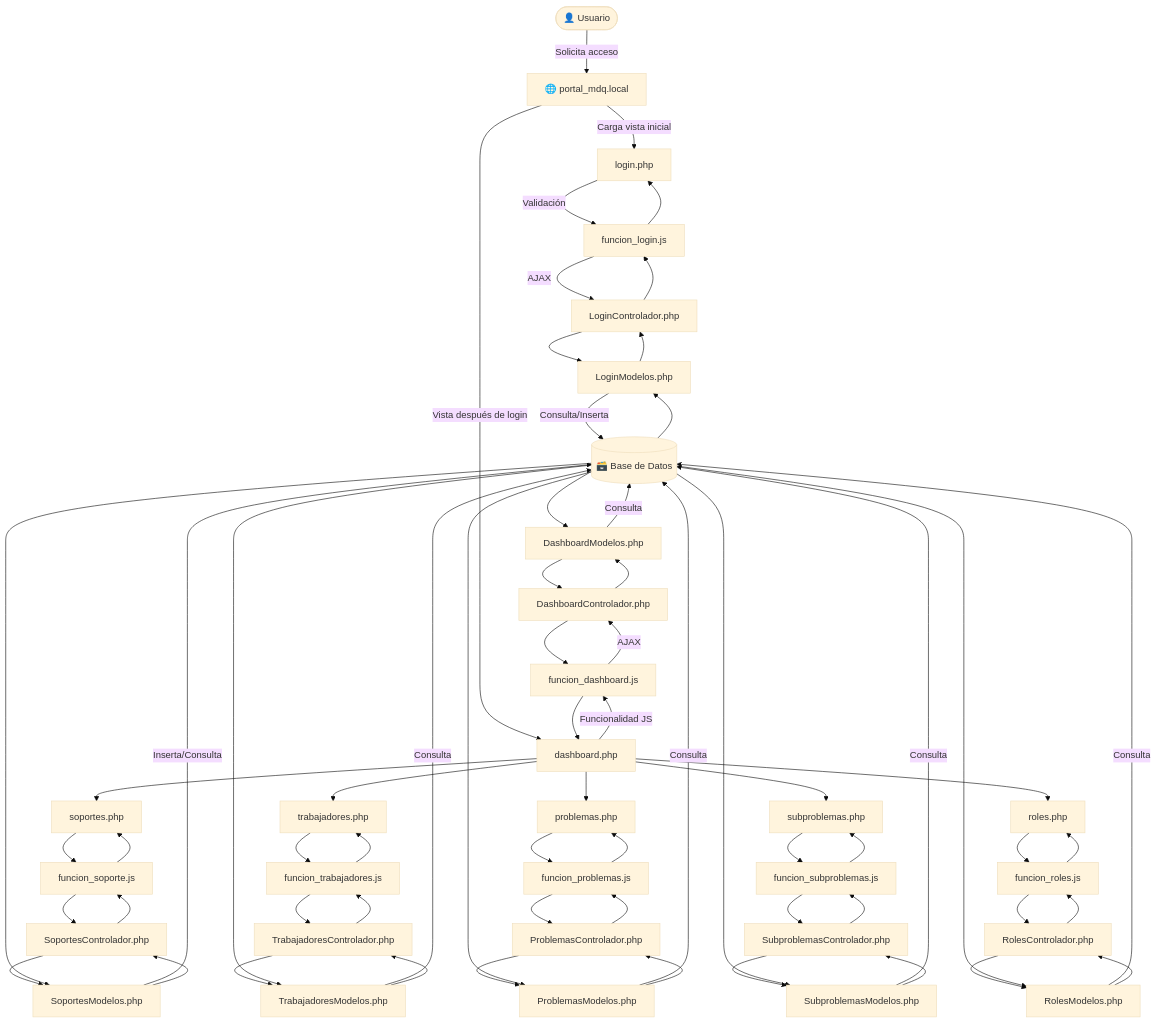
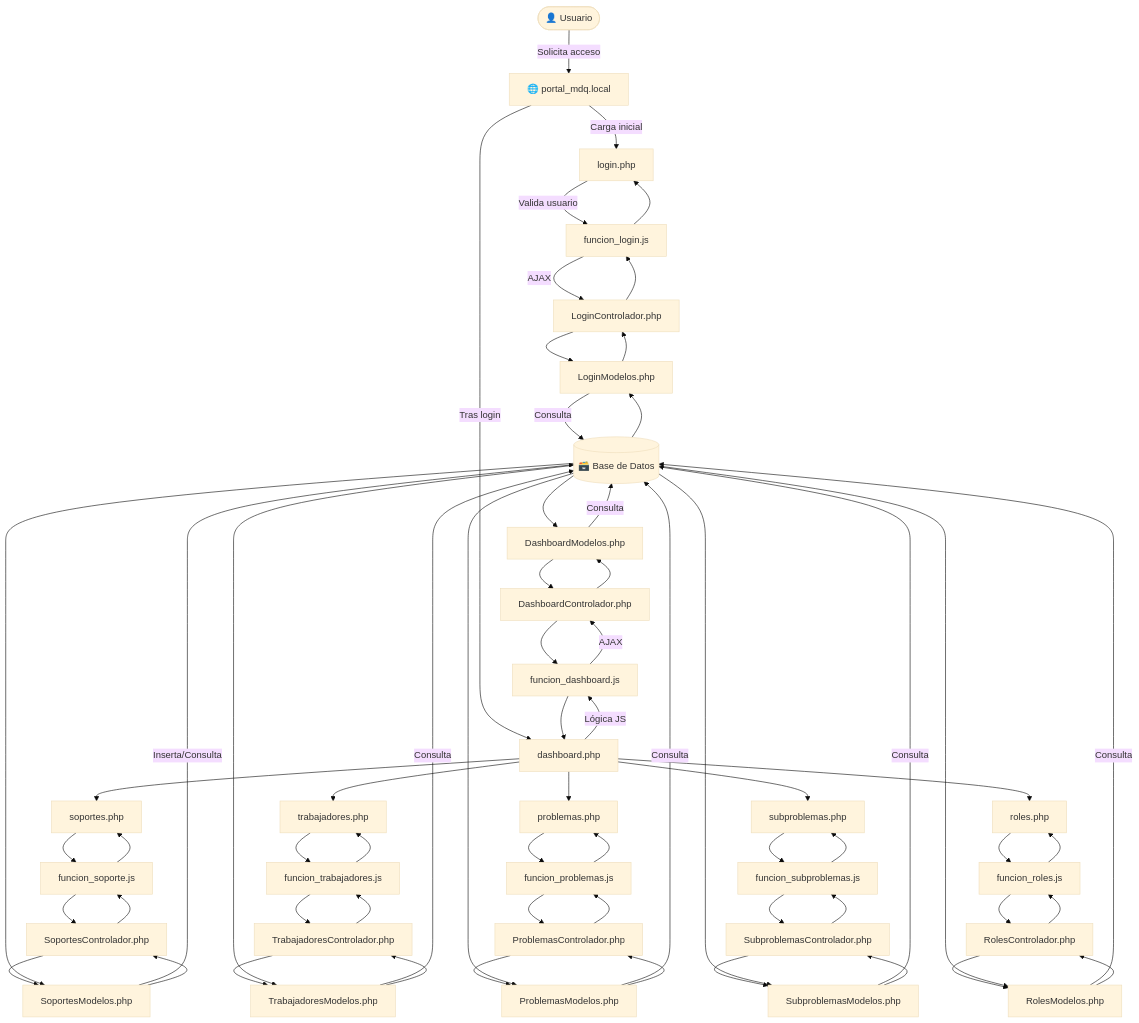
The diagram in README.md (Padinjavier/Portal_MDQ), drawn with Mermaid (base theme) before and after one commit.

Commit message:
Cambios rápidos sin revisión

````diff
--- a/README.md
+++ b/README.md
@@ -16,29 +16,29 @@
 ```mermaid
 flowchart TD
-  %% Sección: Usuario y Dominio
+  %% Usuario y dominio
   Usuario([👤 Usuario])
   Usuario -->|Solicita acceso| Dominio[🌐 portal_mdq.local]
 
-  %% Sección: Vista principal
-  Dominio -->|Carga vista inicial| LoginView[login.php]
-  Dominio -->|Vista después de login| DashboardView[dashboard.php]
+  %% Vistas
+  Dominio -->|Carga inicial| LoginView[login.php]
+  Dominio -->|Tras login| DashboardView[dashboard.php]
 
-  %% Sección: JS y peticiones
-  LoginView -->|Validación| LoginJS[funcion_login.js]
-  DashboardView -->|Funcionalidad JS| DashboardJS[funcion_dashboard.js]
+  %% Lógica JS
+  LoginView -->|Valida usuario| LoginJS[funcion_login.js]
+  DashboardView -->|Lógica JS| DashboardJS[funcion_dashboard.js]
 
-  %% Sección: Peticiones AJAX hacia controladores
+  %% Peticiones AJAX
   LoginJS -->|AJAX| LoginControlador[LoginControlador.php]
   DashboardJS -->|AJAX| DashboardControlador[DashboardControlador.php]
 
-  %% Otras vistas que usan JS y hacen peticiones
+  %% Otras vistas del dashboard
   DashboardView --> SoporteView[soportes.php]
   DashboardView --> TrabajadoresView[trabajadores.php]
   DashboardView --> ProblemasView[problemas.php]
   DashboardView --> SubproblemasView[subproblemas.php]
   DashboardView --> RolesView[roles.php]
 
-  %% Vistas a JS
+  %% JS por vista
   SoporteView --> SoporteJS[funcion_soporte.js]
   TrabajadoresView --> TrabajadoresJS[funcion_trabajadores.js]
   ProblemasView --> ProblemasJS[funcion_problemas.js]
@@ -61,8 +61,8 @@
   SubproblemasControlador --> SubproblemasModelo[SubproblemasModelos.php]
   RolesControlador --> RolesModelo[RolesModelos.php]
 
-  %% Modelos y base de datos
-  LoginModelo -->|Consulta/Inserta| BD[(🗃️ Base de Datos)]
+  %% Modelos y BD
+  LoginModelo -->|Consulta| BD[(🗃️ Base de Datos)]
   DashboardModelo -->|Consulta| BD
   SoporteModelo -->|Inserta/Consulta| BD
   TrabajadoresModelo -->|Consulta| BD
@@ -70,7 +70,7 @@
   SubproblemasModelo -->|Consulta| BD
   RolesModelo -->|Consulta| BD
 
-  %% Regresos de datos
+  %% Retorno de datos
   BD --> LoginModelo
   BD --> DashboardModelo
   BD --> SoporteModelo
@@ -79,7 +79,7 @@
   BD --> SubproblemasModelo
   BD --> RolesModelo
 
-  %% Flujo de regreso
+  %% Retorno por capas
   LoginModelo --> LoginControlador
   DashboardModelo --> DashboardControlador
   SoporteModelo --> SoporteControlador
@@ -104,4 +104,5 @@
   SubproblemasJS --> SubproblemasView
   RolesJS --> RolesView
 
+
 ```
````
